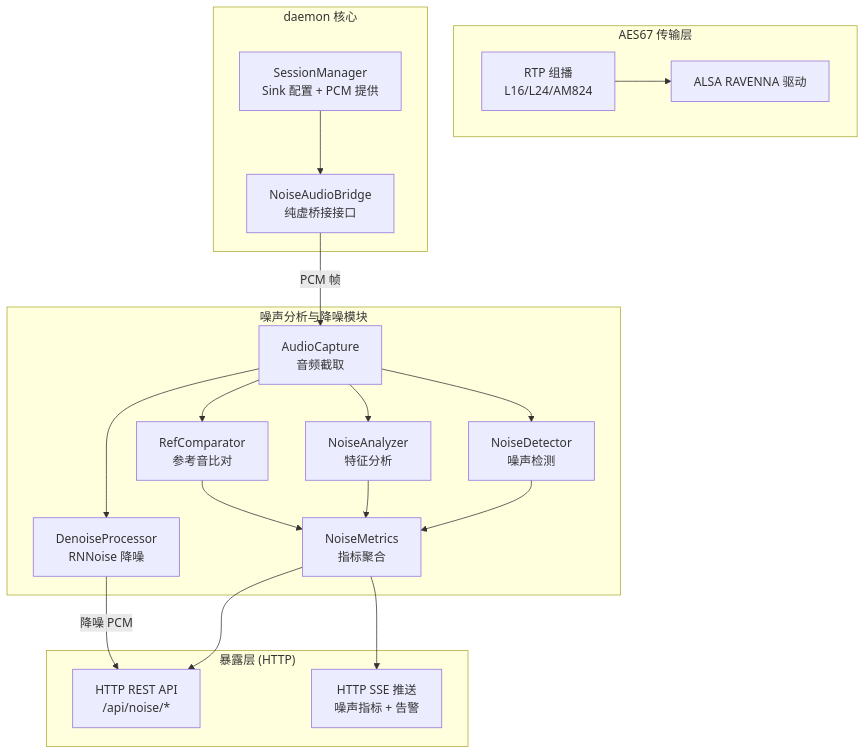
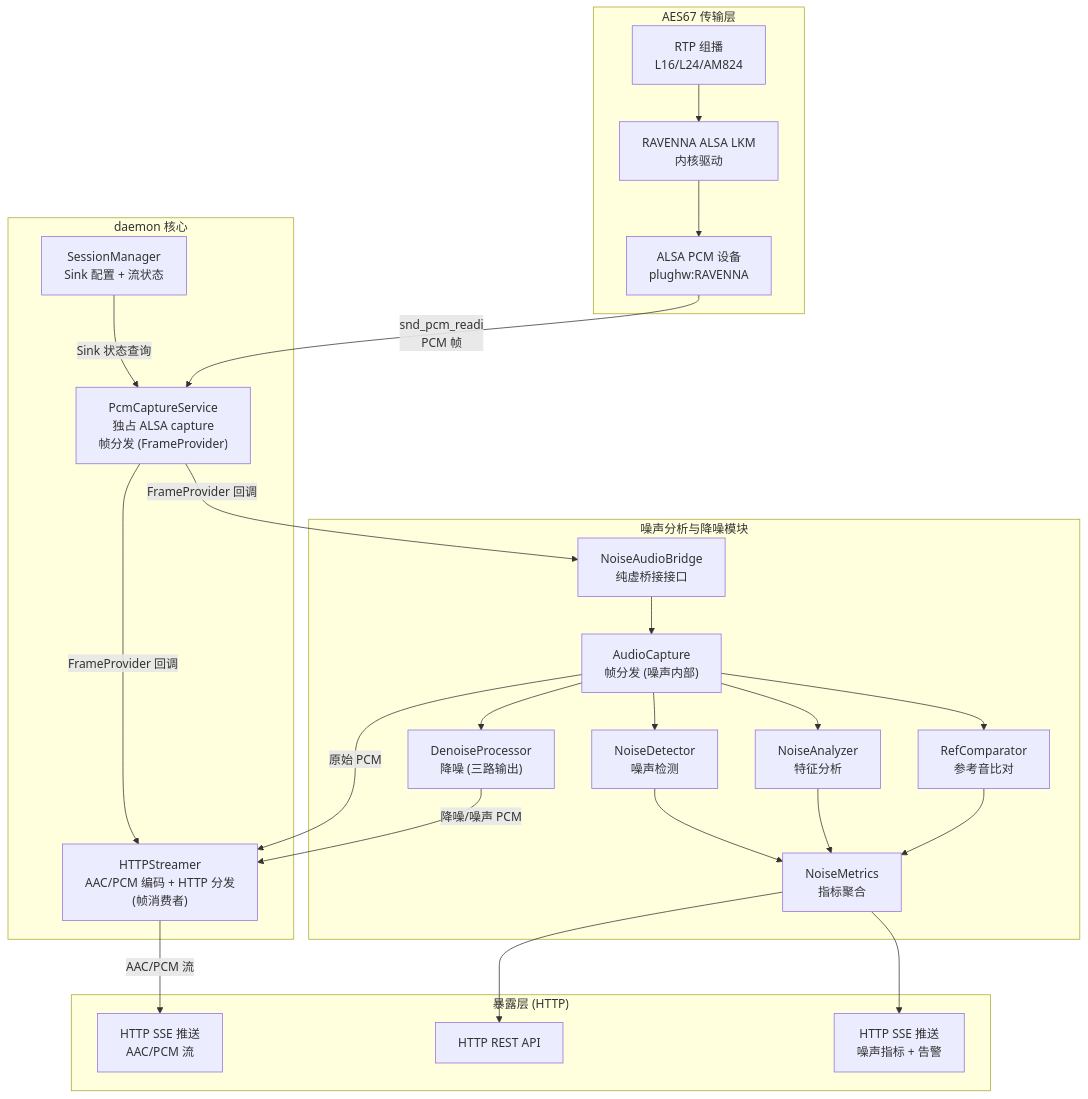
Before and after one commit to JunJunHub/aes67-linux-daemon: the second of 5 diagrams in docs/noise/architecture-design.md, drawn with Mermaid. The commit also changed other lines of this file, not shown here.

First line of the commit message:
docs(noise): 修正架构设计 — 统一 PCM 分发、PcmCaptureService、Streamer 重构、三路输出

````diff
--- a/docs/noise/architecture-design.md
+++ b/docs/noise/architecture-design.md
@@ -174,40 +174,44 @@
 ```mermaid
 flowchart TB
     subgraph AES67["AES67 传输层"]
         RTP["RTP 组播<br/>L16/L24/AM824"]
-        ALSA["ALSA RAVENNA 驱动"]
+        LKM["RAVENNA ALSA LKM<br/>内核驱动"]
+        ALSA["ALSA PCM 设备<br/>plughw:RAVENNA"]
     end
 
     subgraph CORE["daemon 核心"]
-        SM["SessionManager<br/>Sink 配置 + PCM 提供"]
-        BRIDGE["NoiseAudioBridge<br/>纯虚桥接接口"]
+        SM["SessionManager<br/>Sink 配置 + 流状态"]
+        PCS["PcmCaptureService<br/>独占 ALSA capture<br/>帧分发 (FrameProvider)"]
+        STR["HTTPStreamer<br/>AAC/PCM 编码 + HTTP 分发<br/>(帧消费者)"]
     end
 
     subgraph NOISE["噪声分析与降噪模块"]
-        CAP["AudioCapture<br/>音频截取"]
+        BRIDGE_IF["NoiseAudioBridge<br/>纯虚桥接接口"]
+        CAP["AudioCapture<br/>帧分发 (噪声内部)"]
         DET["NoiseDetector<br/>噪声检测"]
         ANA["NoiseAnalyzer<br/>特征分析"]
-        DNR["DenoiseProcessor<br/>RNNoise 降噪"]
+        DNR["DenoiseProcessor<br/>降噪 (三路输出)"]
         REF["RefComparator<br/>参考音比对"]
         MET["NoiseMetrics<br/>指标聚合"]
     end
 
     subgraph API["暴露层 (HTTP)"]
-        HTTP["HTTP REST API<br/>/api/noise/*"]
-        SSE["HTTP SSE 推送<br/>噪声指标 + 告警"]
+        AudioSSE["HTTP SSE 推送<br/>AAC/PCM 流"]
+        HTTP["HTTP REST API"]
+        NoiseSSE["HTTP SSE 推送<br/>噪声指标 + 告警"]
     end
 
-    RTP --> ALSA
-    SM --> BRIDGE
-    BRIDGE -->|PCM 帧| CAP
-    CAP --> DET
-    CAP --> ANA
-    CAP --> DNR
-    CAP --> REF
-    DET --> MET
-    ANA --> MET
+    RTP --> LKM --> ALSA
+    SM -->|Sink 状态查询| PCS
+    ALSA -->|snd_pcm_readi<br/>PCM 帧| PCS
+    PCS -->|FrameProvider 回调| STR
+    PCS -->|FrameProvider 回调| BRIDGE_IF
+    BRIDGE_IF --> CAP
+    CAP --> DET & ANA & DNR & REF
+    DET & ANA --> MET
     REF --> MET
-    MET --> HTTP
-    MET --> SSE
-    DNR -->|降噪 PCM| HTTP
+    MET --> HTTP & NoiseSSE
+    CAP -->|原始 PCM| STR
+    DNR -->|降噪/噪声 PCM| STR
+    STR -->|AAC/PCM 流| AudioSSE
 ```
````
